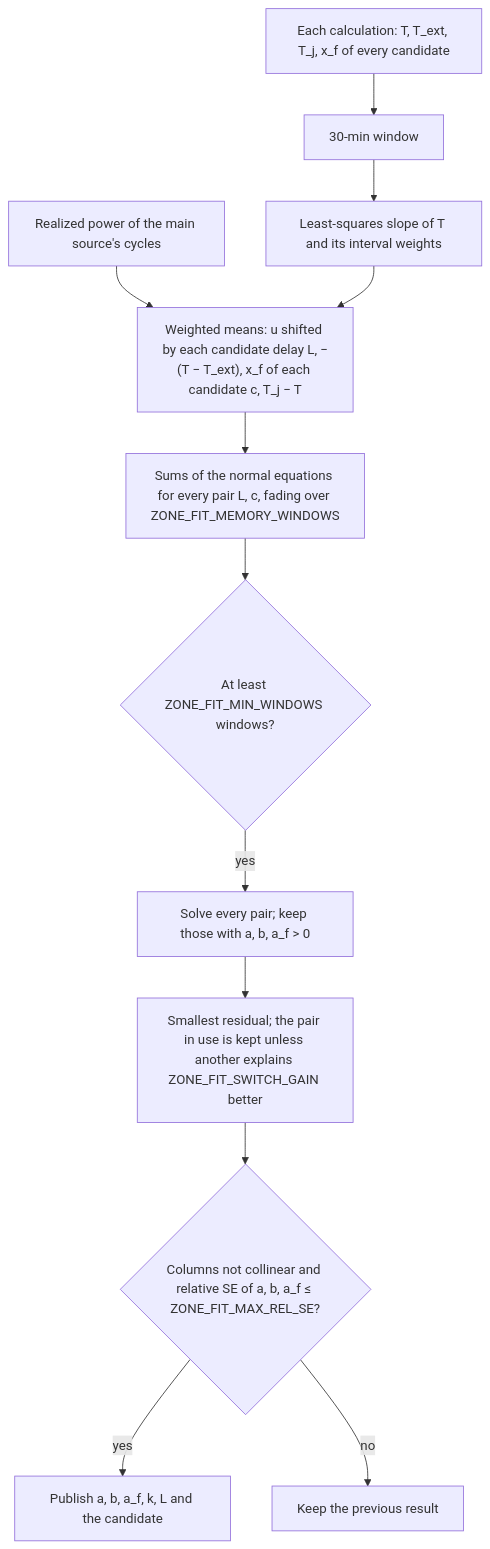
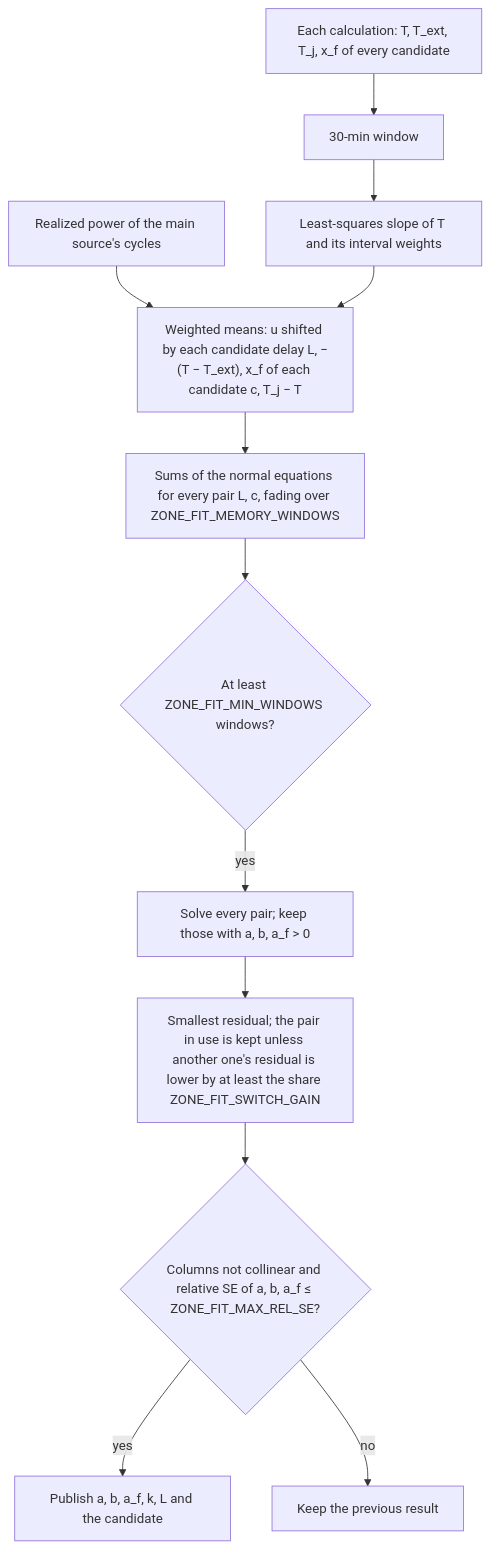
The fifth of 11 diagrams in documentation/en/zone_dependencies.md (Shadow-230/vtherm_smartpi), drawn with Mermaid before and after one commit. The commit also changed other lines of this file and 21 other files, not shown here.

````diff
--- a/documentation/en/zone_dependencies.md
+++ b/documentation/en/zone_dependencies.md
@@ -485,14 +631,14 @@
 ```mermaid
 flowchart TD
     A[Each calculation: T, T_ext, T_j, x_f of every candidate] --> B[30-min window]
     P[Realized power of the main source's cycles] --> D
     B --> C[Least-squares slope of T and its interval weights]
     C --> D["Weighted means: u shifted by each candidate delay L, −(T − T_ext), x_f of each candidate c, T_j − T"]
     D --> E[Sums of the normal equations for every pair L, c, fading over ZONE_FIT_MEMORY_WINDOWS]
     E --> F{At least ZONE_FIT_MIN_WINDOWS windows?}
     F -- yes --> G[Solve every pair; keep those with a, b, a_f > 0]
-    G --> H[Smallest residual; the pair in use is kept unless another explains ZONE_FIT_SWITCH_GAIN better]
+    G --> H[Smallest residual; the pair in use is kept unless another one's residual is lower by at least the share ZONE_FIT_SWITCH_GAIN]
     H --> I{Columns not collinear and relative SE of a, b, a_f ≤ ZONE_FIT_MAX_REL_SE?}
     I -- yes --> J[Publish a, b, a_f, k, L and the candidate]
     I -- no --> K[Keep the previous result]
 ```
````
